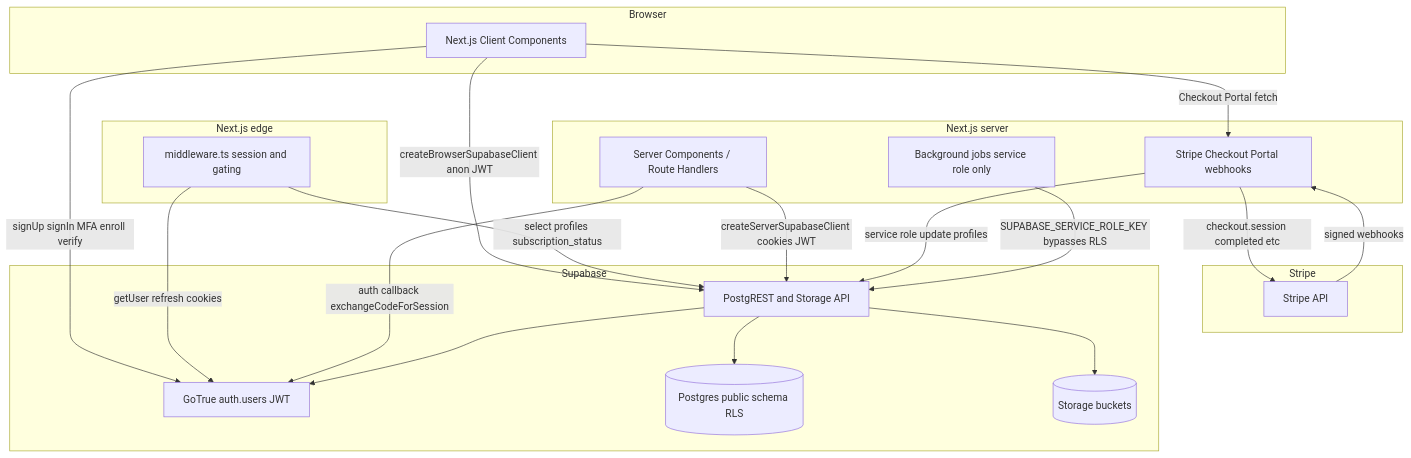
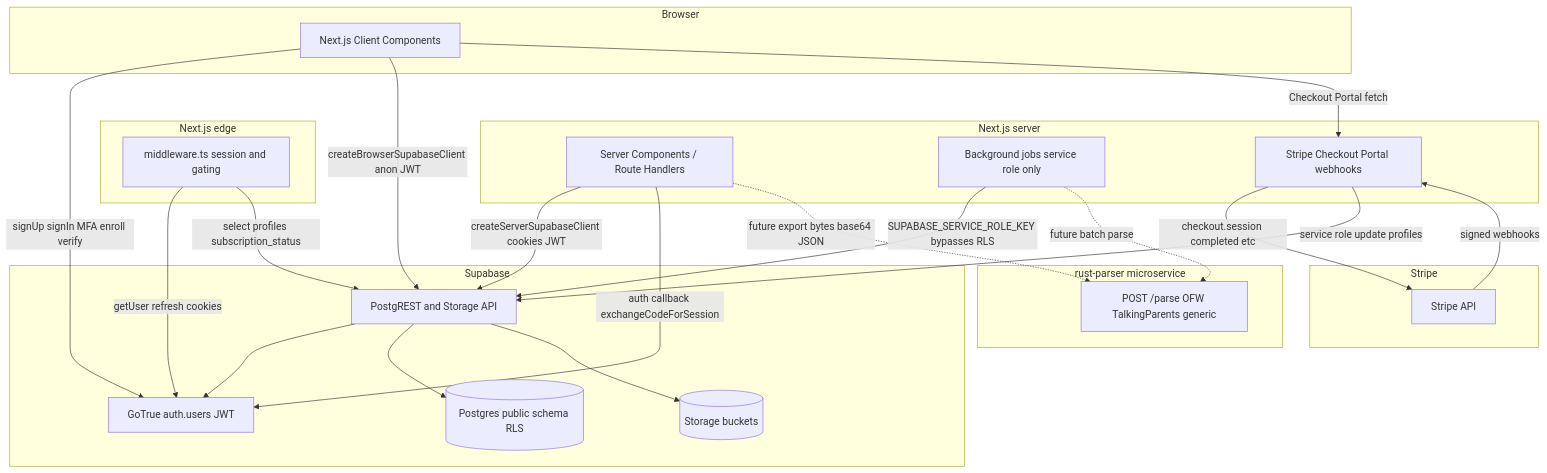
Before and after one commit to protektiq/arbor: the diagram in DATA_FLOW.md, drawn with Mermaid. The commit also changed other lines of this file and 13 other files, not shown here.

Commit message:
built Rust Parser Service

````diff
--- a/DATA_FLOW.md
+++ b/DATA_FLOW.md
@@ -5,37 +5,42 @@
 ```mermaid
 flowchart TB
   subgraph client [Browser]
     nextClient[Next.js Client Components]
   end
   subgraph edge [Next.js edge]
     mw[middleware.ts session and gating]
   end
   subgraph server [Next.js server]
     rsc[Server Components / Route Handlers]
     jobs[Background jobs service role only]
     stripeApi[Stripe Checkout Portal webhooks]
+  end
+  subgraph parser [rust-parser microservice]
+    rustParse[POST /parse OFW TalkingParents generic]
   end
   subgraph stripe [Stripe]
     stripeHost[Stripe API]
   end
   subgraph supa [Supabase]
     auth[GoTrue auth.users JWT]
     api[PostgREST and Storage API]
     pg[(Postgres public schema RLS)]
     st[(Storage buckets)]
   end
   nextClient -->|signUp signIn MFA enroll verify| auth
   nextClient -->|createBrowserSupabaseClient anon JWT| api
   nextClient -->|Checkout Portal fetch| stripeApi
   mw -->|getUser refresh cookies| auth
   mw -->|select profiles subscription_status| api
   rsc -->|createServerSupabaseClient cookies JWT| api
   rsc -->|auth callback exchangeCodeForSession| auth
   stripeApi -->|checkout.session completed etc| stripeHost
   stripeHost -->|signed webhooks| stripeApi
   stripeApi -->|service role update profiles| api
   jobs -->|SUPABASE_SERVICE_ROLE_KEY bypasses RLS| api
+  rsc -.->|future export bytes base64 JSON| rustParse
+  jobs -.->|future batch parse| rustParse
   api --> auth
   api --> pg
   api --> st
 ```
````
